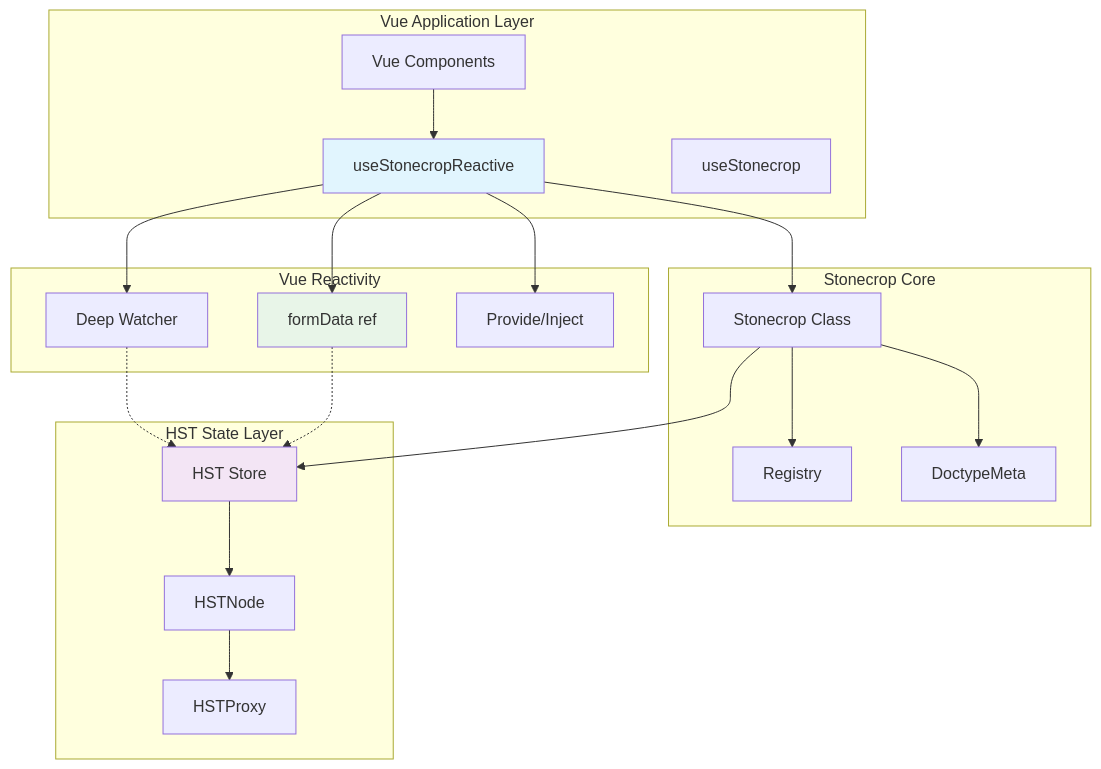
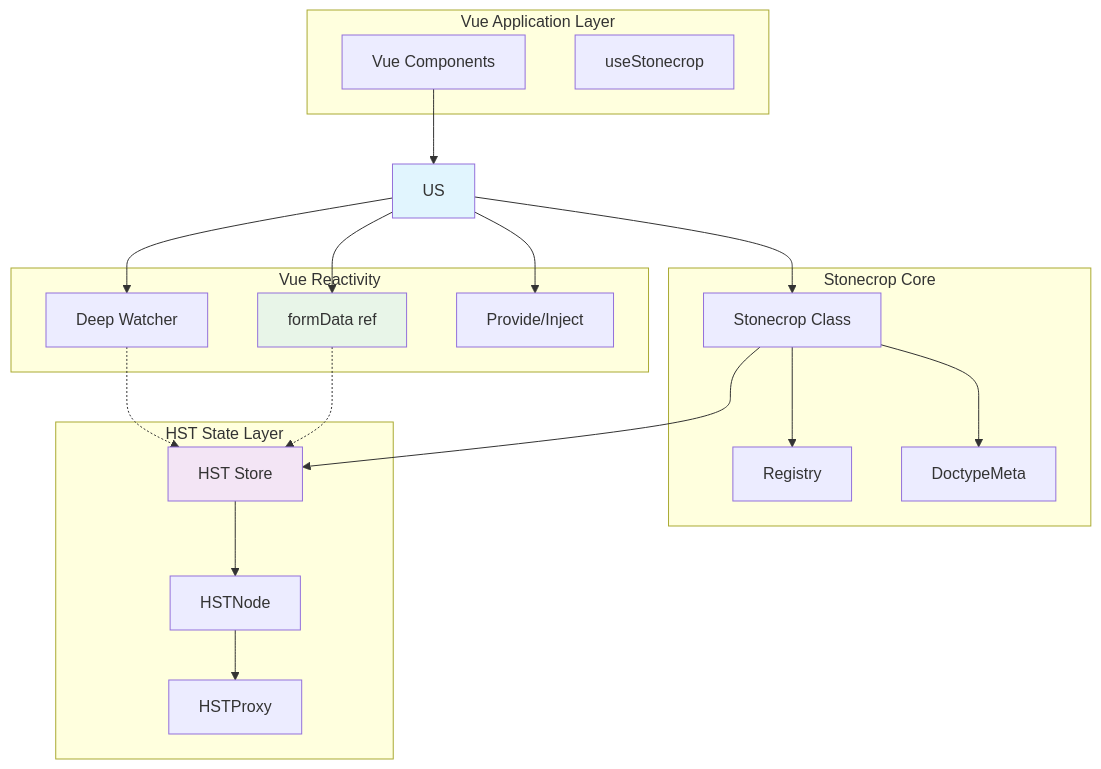
The first of 6 diagrams in stonecrop/HST.md (agritheory/stonecrop), drawn with Mermaid before and after one commit. The commit also changed other lines of this file and 8 other files, not shown here.

````diff
--- a/stonecrop/HST.md
+++ b/stonecrop/HST.md
@@ -3,46 +3,45 @@
 ```mermaid
 graph TB
     subgraph "Vue Application Layer"
         VC[Vue Components]
-        USR[useStonecropReactive]
         USC[useStonecrop]
     end
 
     subgraph "Stonecrop Core"
         SC[Stonecrop Class]
         REG[Registry]
         DT[DoctypeMeta]
     end
 
     subgraph "HST State Layer"
         HST[HST Store]
         HSTN[HSTNode]
         HSTP[HSTProxy]
     end
 
     subgraph "Vue Reactivity"
         FD[formData ref]
         WD[Deep Watcher]
         PR[Provide/Inject]
     end
 
-    VC --> USR
-    USR --> SC
-    USR --> FD
-    USR --> WD
-    USR --> PR
+    VC --> US
+    US --> SC
+    US --> FD
+    US --> WD
+    US --> PR
 
     SC --> REG
     SC --> HST
     SC --> DT
 
     HST --> HSTN
     HSTN --> HSTP
 
     WD -.-> HST
     FD -.-> HST
 
-    style USR fill:#e1f5fe
+    style US fill:#e1f5fe
     style HST fill:#f3e5f5
     style FD fill:#e8f5e8
 ```
````
